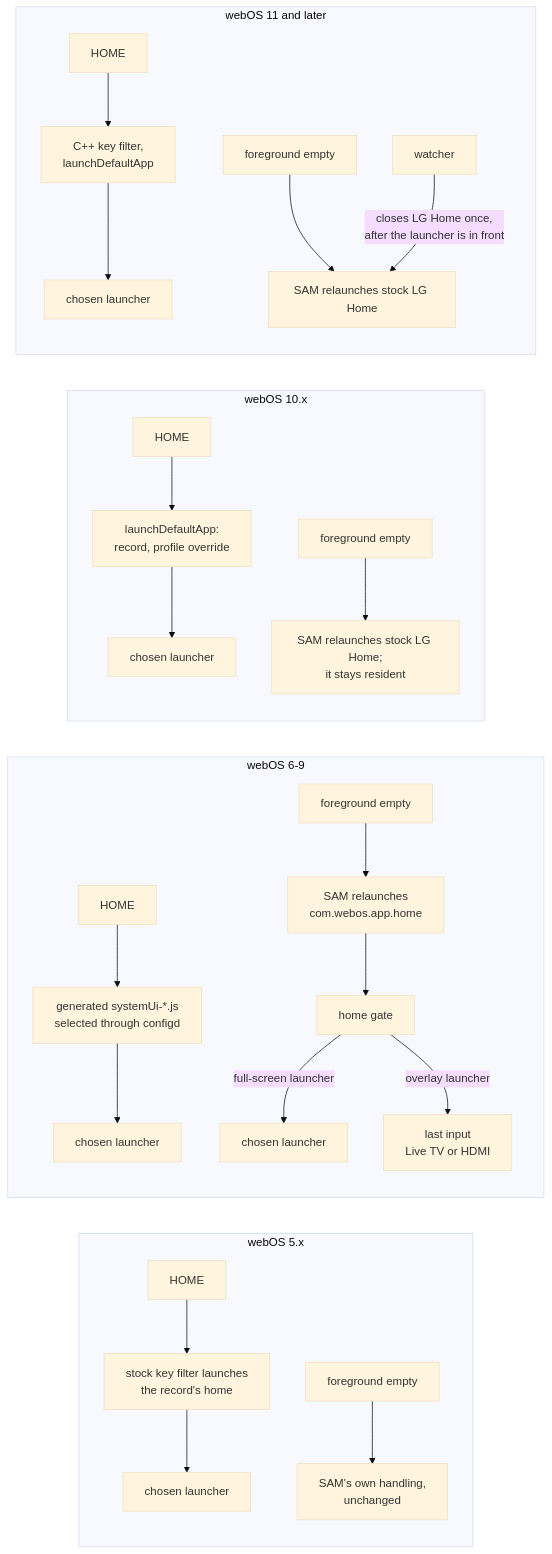
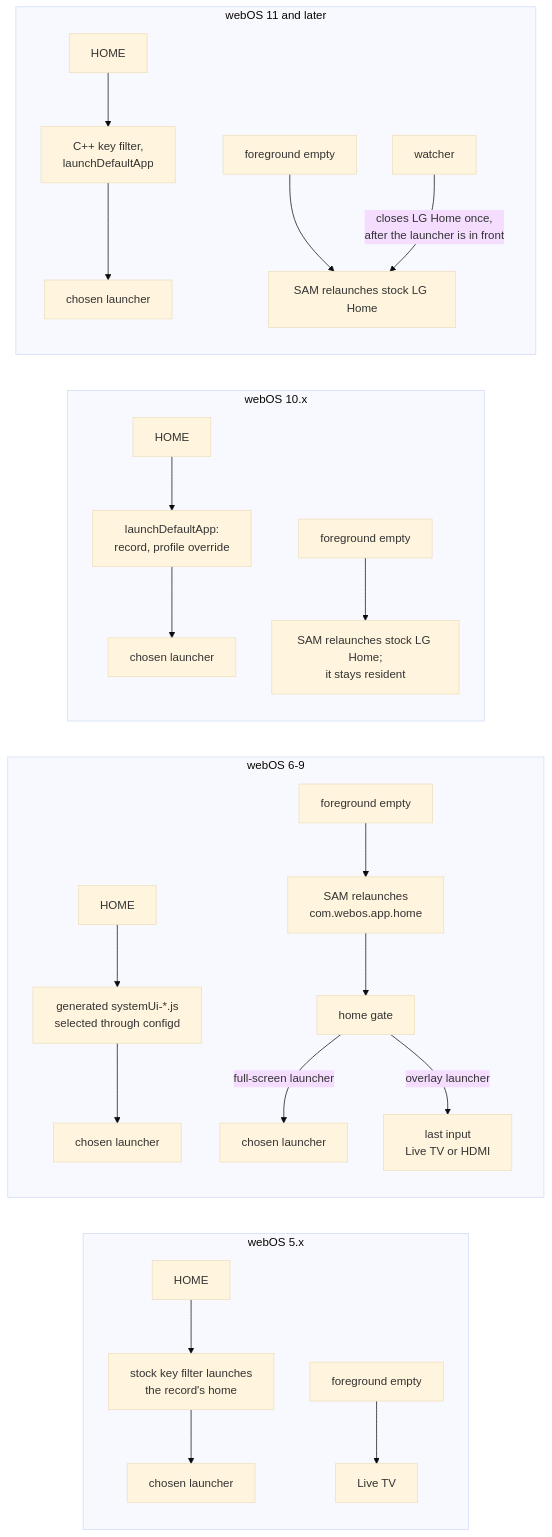
Before and after one commit to webosbrew/home-chooser: the second of 5 diagrams in docs/architecture.md, drawn with Mermaid (base theme). The commit also changed other lines of this file and 7 other files, not shown here.

````diff
--- a/docs/architecture.md
+++ b/docs/architecture.md
@@ -89,22 +89,22 @@
 ```mermaid
 flowchart LR
     subgraph w5["webOS 5.x"]
         k5["HOME"] --> f5["stock key filter launches<br/>the record's home"] --> l5["chosen launcher"]
-        i5["foreground empty"] --> s5["SAM's own handling,<br/>unchanged"]
+        i5["foreground empty"] --> s5["Live TV"]
     end
     subgraph w69["webOS 6-9"]
         k69["HOME"] --> f69["generated systemUi-*.js<br/>selected through configd"] --> l69["chosen launcher"]
         i69["foreground empty"] --> s69["SAM relaunches<br/>com.webos.app.home"] --> g69["home gate"]
         g69 -- "full-screen launcher" --> l69b["chosen launcher"]
         g69 -- "overlay launcher" --> t69["last input<br/>Live TV or HDMI"]
     end
     subgraph w10["webOS 10.x"]
         k10["HOME"] --> f10["launchDefaultApp:<br/>record, profile override"] --> l10["chosen launcher"]
         i10["foreground empty"] --> s10["SAM relaunches stock LG Home;<br/>it stays resident"]
     end
     subgraph w11["webOS 11 and later"]
         k11["HOME"] --> f11["C++ key filter,<br/>launchDefaultApp"] --> l11["chosen launcher"]
         i11["foreground empty"] --> s11["SAM relaunches stock LG Home"]
         w11c["watcher"] -- "closes LG Home once,<br/>after the launcher is in front" --> s11
     end
 ```
````
